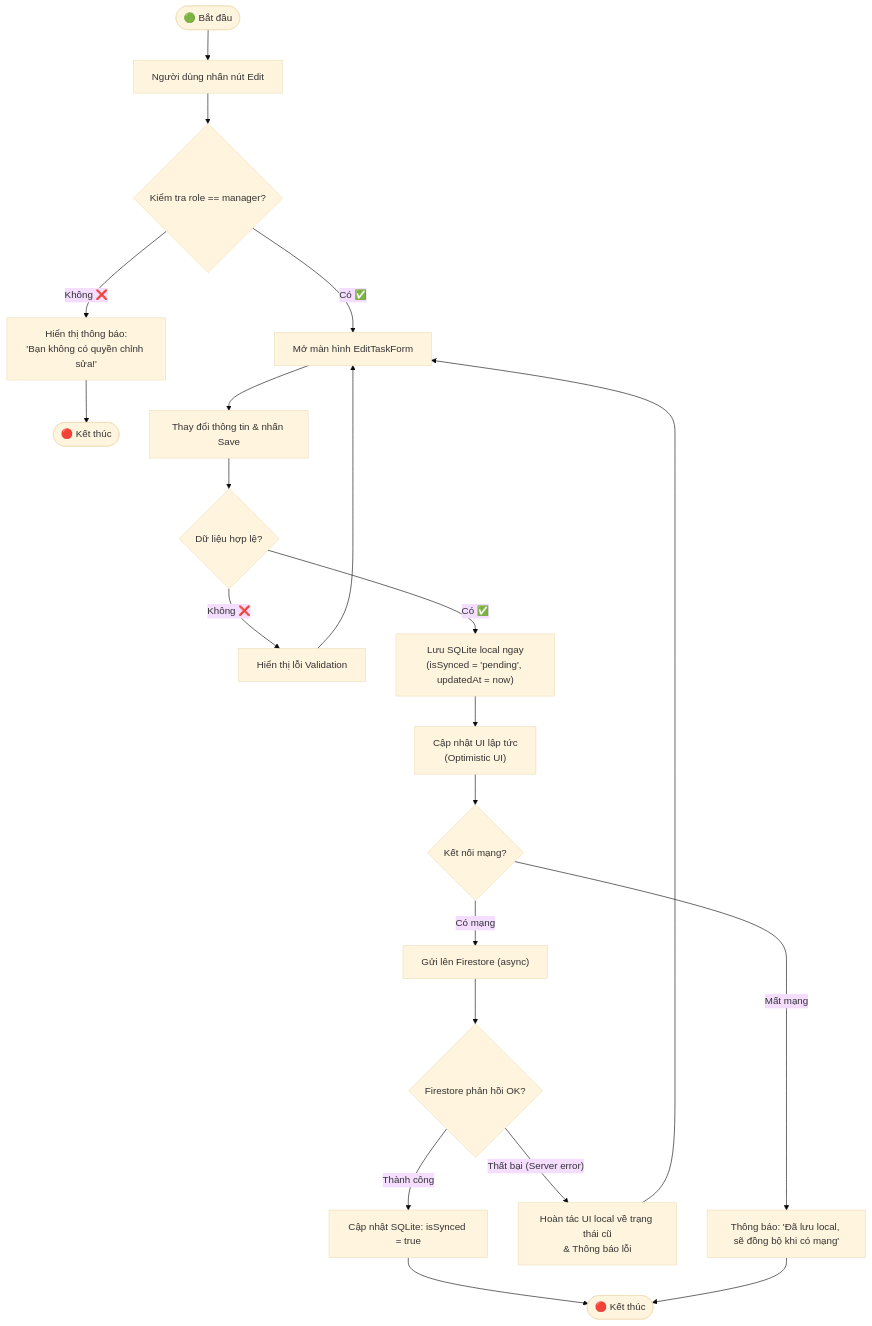
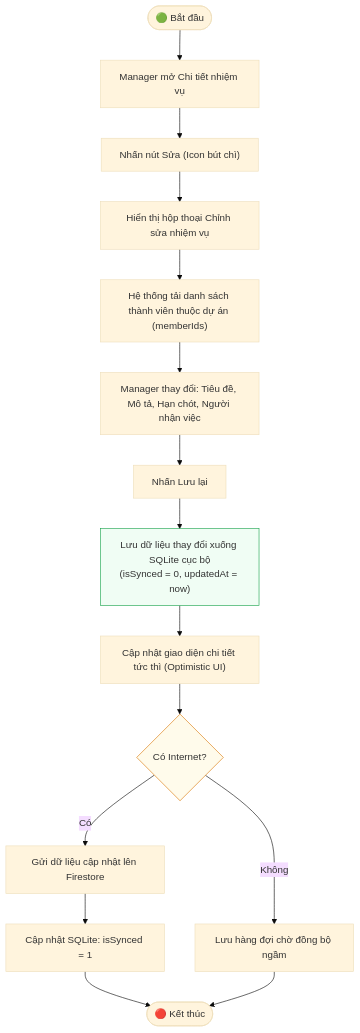
The eighth of 24 diagrams in docs/uml_va_luong_hoat_dong.md (ttt-huong/TaskFlow_Huong_Thuong_Cuong_N03_1_2026), drawn with Mermaid (base theme) before and after one commit. The commit also changed other lines of this file and 3 other files, not shown here.

Commit message:
docs: redesign UML diagrams and add final course reports

````diff
--- a/docs/uml_va_luong_hoat_dong.md
+++ b/docs/uml_va_luong_hoat_dong.md
@@ -286,29 +415,20 @@
 ```mermaid
 flowchart TD
-    A(["🟢 Bắt đầu"]) --> B["Người dùng nhấn nút Edit"]
-    B --> C{"Kiểm tra role == manager?"}
-    C -- "Không ❌" --> D["Hiển thị thông báo:\n'Bạn không có quyền chỉnh sửa!'"]
-    D --> E(["🔴 Kết thúc"])
-    
-    C -- "Có ✅" --> F["Mở màn hình EditTaskForm"]
-    F --> G["Thay đổi thông tin & nhấn Save"]
-    G --> H{"Dữ liệu hợp lệ?"}
-    H -- "Không ❌" --> I["Hiển thị lỗi Validation"]
-    I --> F
-    
-    H -- "Có ✅" --> J["Lưu SQLite local ngay\n(isSynced = 'pending', updatedAt = now)"]
-    J --> K["Cập nhật UI lập tức\n(Optimistic UI)"]
-    
-    K --> L{"Kết nối mạng?"}
-    L -- "Có mạng" --> M["Gửi lên Firestore (async)"]
-    M --> N{"Firestore phản hồi OK?"}
-    
-    N -- "Thành công" --> O_OK["Cập nhật SQLite: isSynced = true"]
-    O_OK --> P(["🔴 Kết thúc"])
-    
-    N -- "Thất bại (Server error)" --> O_FAIL["Hoàn tác UI local về trạng thái cũ\n& Thông báo lỗi"]
-    O_FAIL --> F
-    
-    L -- "Mất mạng" --> P_OFF["Thông báo: 'Đã lưu local, sẽ đồng bộ khi có mạng'"]
-    P_OFF --> P
+    A(["🟢 Bắt đầu"]) --> B["Manager mở Chi tiết nhiệm vụ"]
+    B --> C["Nhấn nút Sửa (Icon bút chì)"]
+    C --> D["Hiển thị hộp thoại Chỉnh sửa nhiệm vụ"]
+    D --> E["Hệ thống tải danh sách thành viên thuộc dự án (memberIds)"]
+    E --> F["Manager thay đổi: Tiêu đề, Mô tả, Hạn chót, Người nhận việc"]
+    F --> G["Nhấn Lưu lại"]
+    G --> H["Lưu dữ liệu thay đổi xuống SQLite cục bộ\n(isSynced = 0, updatedAt = now)"]
+    H --> I["Cập nhật giao diện chi tiết tức thì (Optimistic UI)"]
+    I --> J{"Có Internet?"}
+    J -- Có --> K["Gửi dữ liệu cập nhật lên Firestore"]
+    K --> L["Cập nhật SQLite: isSynced = 1"]
+    J -- Không --> M["Lưu hàng đợi chờ đồng bộ ngầm"]
+    L --> N(["🔴 Kết thúc"])
+    M --> N
+
+    style J fill:#fffbeb,stroke:#d97706
+    style H fill:#f0fdf4,stroke:#16a34a
 ```
````
